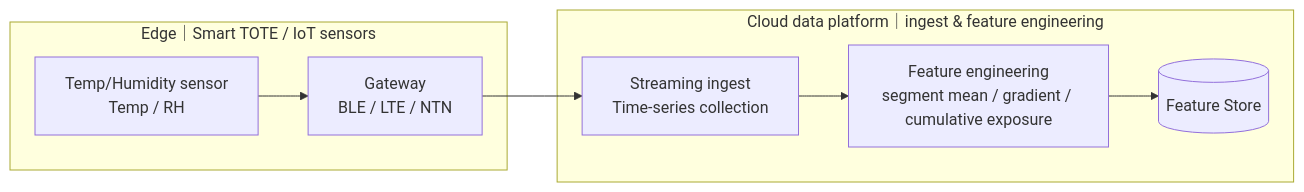
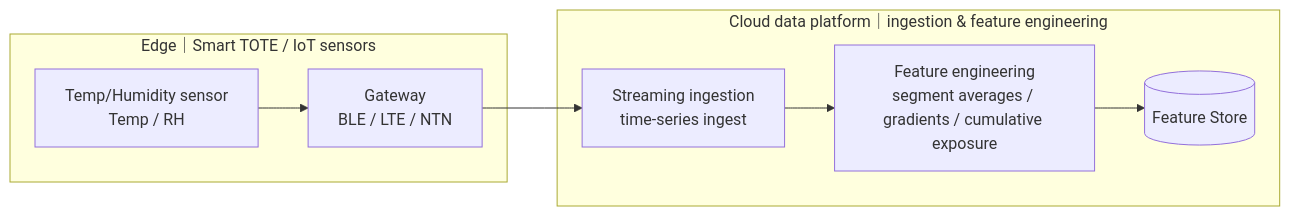
One commit to jshuo/ai-moea-proposal changed the fifth of 10 diagrams in proposal/AI-Application-Enhancement-Program-Proposal-Submission.md. Above: the diagram before and after it, drawn with Mermaid. The commit also changed other lines of this file and 3 other files, not shown here.

````diff
--- a/proposal/AI-Application-Enhancement-Program-Proposal-Submission.md
+++ b/proposal/AI-Application-Enhancement-Program-Proposal-Submission.md
@@ -622,21 +628,21 @@
   ```mermaid
   flowchart LR
-    %% Upstream: edge and cloud data platform (Feature Store as the junction)
+    %% Upstream: edge layer and cloud data platform (connected via Feature Store)
 
     subgraph EDGE["Edge｜Smart TOTE / IoT sensors"]
       T_SENSOR[Temp/Humidity sensor<br/>Temp / RH]
       T_GATEWAY[Gateway<br/>BLE / LTE / NTN]
     end
 
-    subgraph INGEST["Cloud data platform｜ingest & feature engineering"]
-      T_STREAM[Streaming ingest<br/>Time-series collection]
-      T_FEATURE[Feature engineering<br/>segment mean / gradient / cumulative exposure]
+    subgraph INGEST["Cloud data platform｜ingestion & feature engineering"]
+      T_STREAM[Streaming ingestion<br/>time-series ingest]
+      T_FEATURE[Feature engineering<br/>segment averages / gradients / cumulative exposure]
       T_STORE[(Feature Store)]
     end
 
-    %% Data flow (upstream)
+    %% Data flow (Upstream)
     T_SENSOR --> T_GATEWAY
     T_GATEWAY --> T_STREAM
     T_STREAM --> T_FEATURE
     T_FEATURE --> T_STORE
   ```
````
